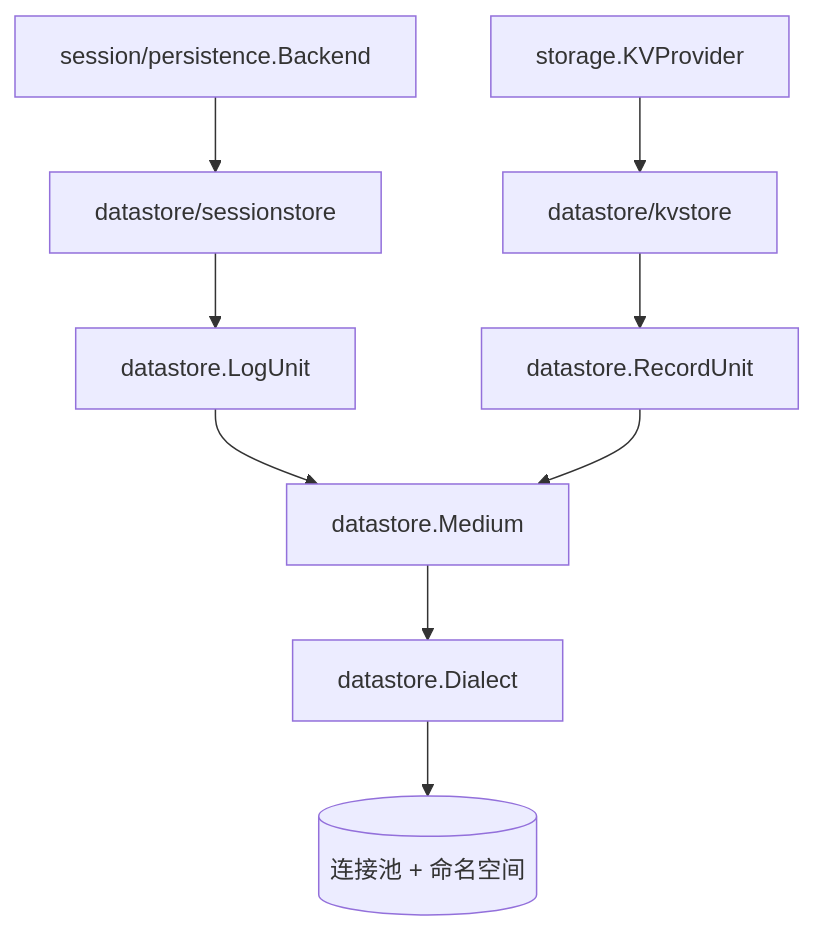
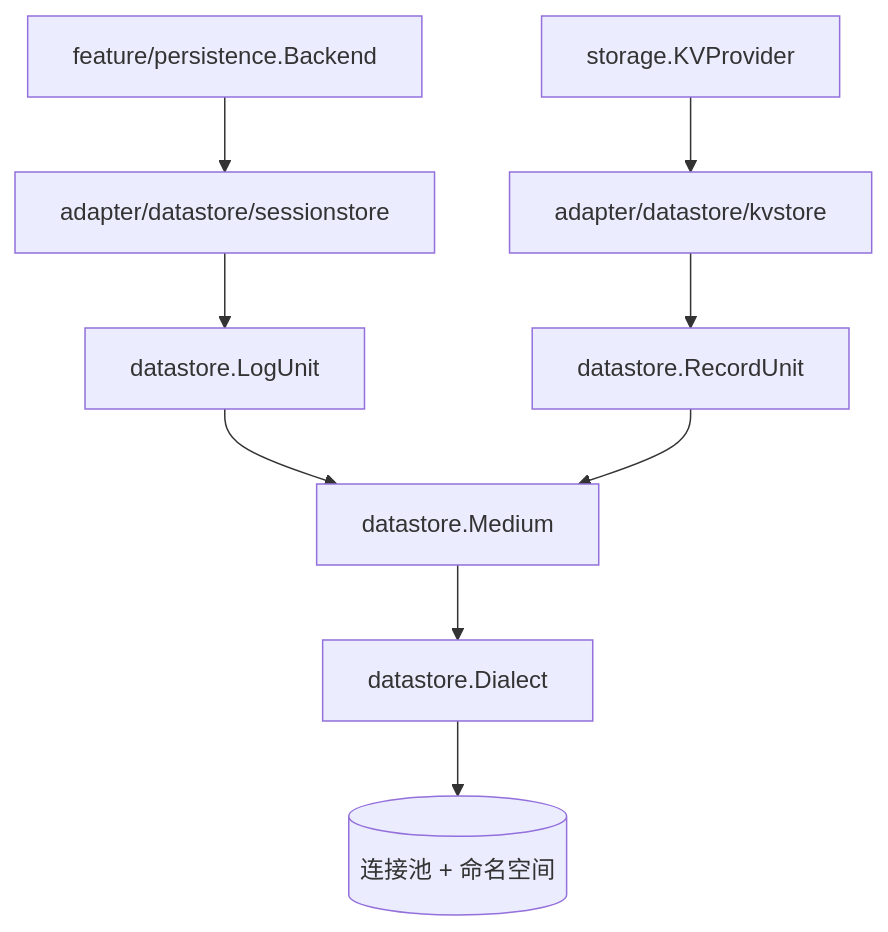
The diagram in docs/modules/datastore.md (snight1983/ds-harness-go), drawn with Mermaid before and after one commit. The commit also changed other lines of this file and 1281 other files, not shown here.

````diff
--- a/docs/modules/datastore.md
+++ b/docs/modules/datastore.md
@@ -22,11 +22,11 @@
 ```mermaid
 flowchart TB
-    Session["session/persistence.Backend"] --> SS["datastore/sessionstore"]
-    Storage["storage.KVProvider"] --> KV["datastore/kvstore"]
+    Session["feature/persistence.Backend"] --> SS["adapter/datastore/sessionstore"]
+    Storage["storage.KVProvider"] --> KV["adapter/datastore/kvstore"]
     SS --> Log["datastore.LogUnit"]
     KV --> Rec["datastore.RecordUnit"]
     Log --> Medium["datastore.Medium"]
     Rec --> Medium
     Medium --> Dialect["datastore.Dialect"]
     Dialect --> DB[("连接池 + 命名空间")]
 ```
````
